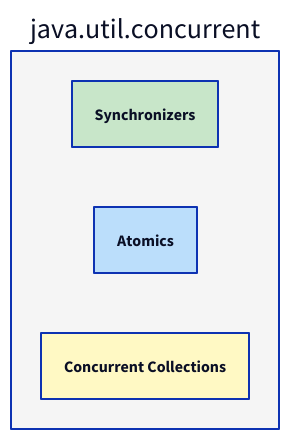
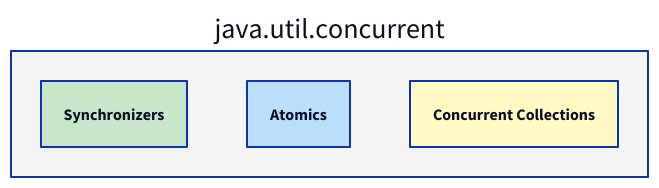
Before and after one commit to cyberstoneac/dsa_docs: the diagram in docs/java/concurrency/concurrency-utilities.md, drawn with D2. The commit also changed 15 other files, not shown here.

````diff
--- a/docs/java/concurrency/concurrency-utilities.md
+++ b/docs/java/concurrency/concurrency-utilities.md
@@ -15,22 +15,22 @@
 ```d2
-direction: right
+direction: down
 
 juc: "java.util.concurrent" {
   style.fill: "#f5f5f5"
 
   sync: "Synchronizers" {
     style.fill: "#c8e6c9"
     desc: "Semaphore, CountDownLatch,\nCyclicBarrier, Phaser,\nExchanger"
   }
 
   atomic: "Atomics" {
     style.fill: "#bbdefb"
     desc: "AtomicInteger, AtomicLong,\nAtomicReference,\nLongAdder"
   }
 
   coll: "Concurrent Collections" {
     style.fill: "#fff9c4"
     desc: "ConcurrentHashMap,\nBlockingQueue,\nCopyOnWriteArrayList"
   }
 }
 ```
````
